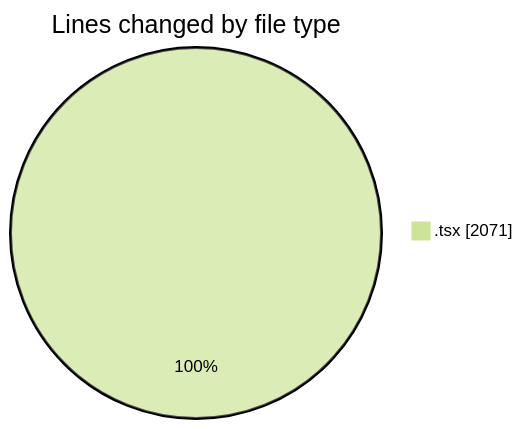
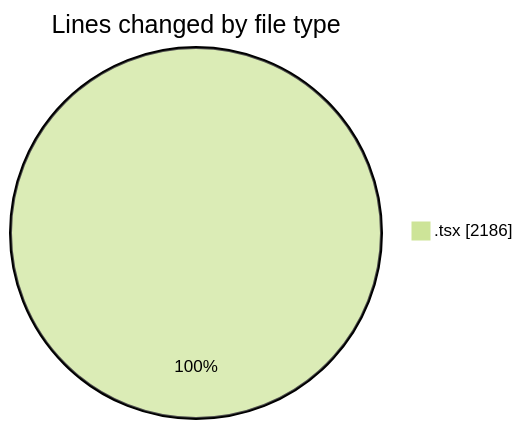
The first of 2 diagrams in 2025-06-13/cda/README.md (momahboobian/code-tracking), drawn with Mermaid (forest theme) before and after one commit. The commit also changed other lines of this file and 1 other file, not shown here.

````diff
--- a/2025-06-13/cda/README.md
+++ b/2025-06-13/cda/README.md
@@ -25,5 +25,5 @@
 ```mermaid
 pie showData
 title Lines changed by file type
-".tsx" : 2071
+".tsx" : 2186
 ```
````
